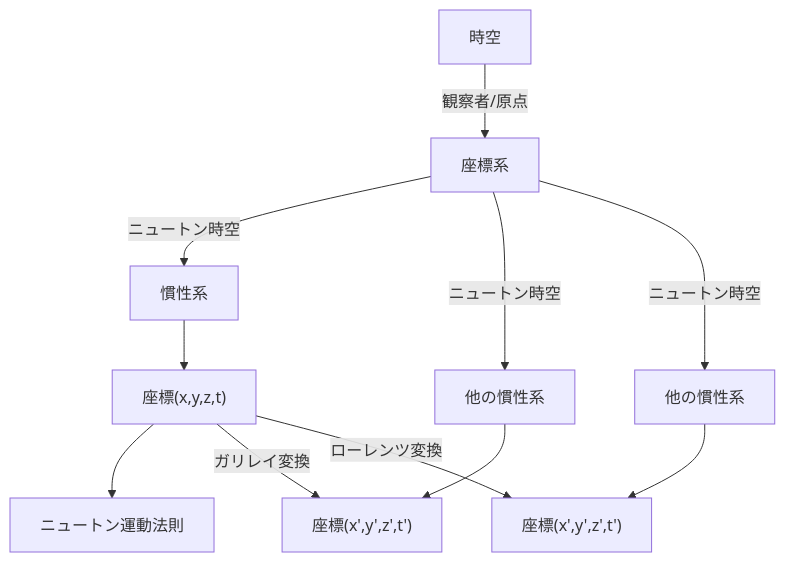
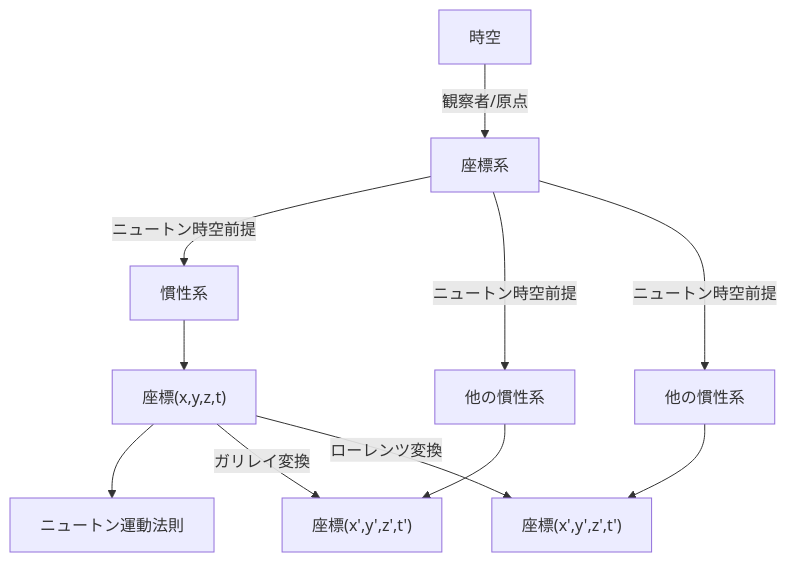
The second of 2 diagrams in 物理哲学/構造図.md (chenphilo/philoidea), drawn with Mermaid before and after one commit. The commit also changed other lines of this file and 1 other file, not shown here.

````diff
--- a/物理哲学/構造図.md
+++ b/物理哲学/構造図.md
@@ -29,16 +30,16 @@
 ```Mermaid
 graph TD
 spacetime["時空"]
     Newtonlaw["ニュートン運動法則"]
     coordinate["座標系"]
     spacetime -- 観察者/原点--> coordinate
-    coordinate --ニュートン時空--> coordinate1["慣性系"]
-    coordinate --ニュートン時空--> coordinate2["他の慣性系"]
-    coordinate --ニュートン時空--> coordinate3["他の慣性系"]
+    coordinate --ニュートン時空前提--> coordinate1["慣性系"]
+    coordinate --ニュートン時空前提--> coordinate2["他の慣性系"]
+    coordinate --ニュートン時空前提--> coordinate3["他の慣性系"]
     coordinate1 --> p1["座標(x,y,z,t)"]
     coordinate2 --> p2["座標(x',y',z',t')"]
     coordinate3 --> p3["座標(x',y',z',t')"]
     p1 --> Newtonlaw
     p1 --ガリレイ変換--> p2
     p1 --ローレンツ変換--> p3
 ```
````
